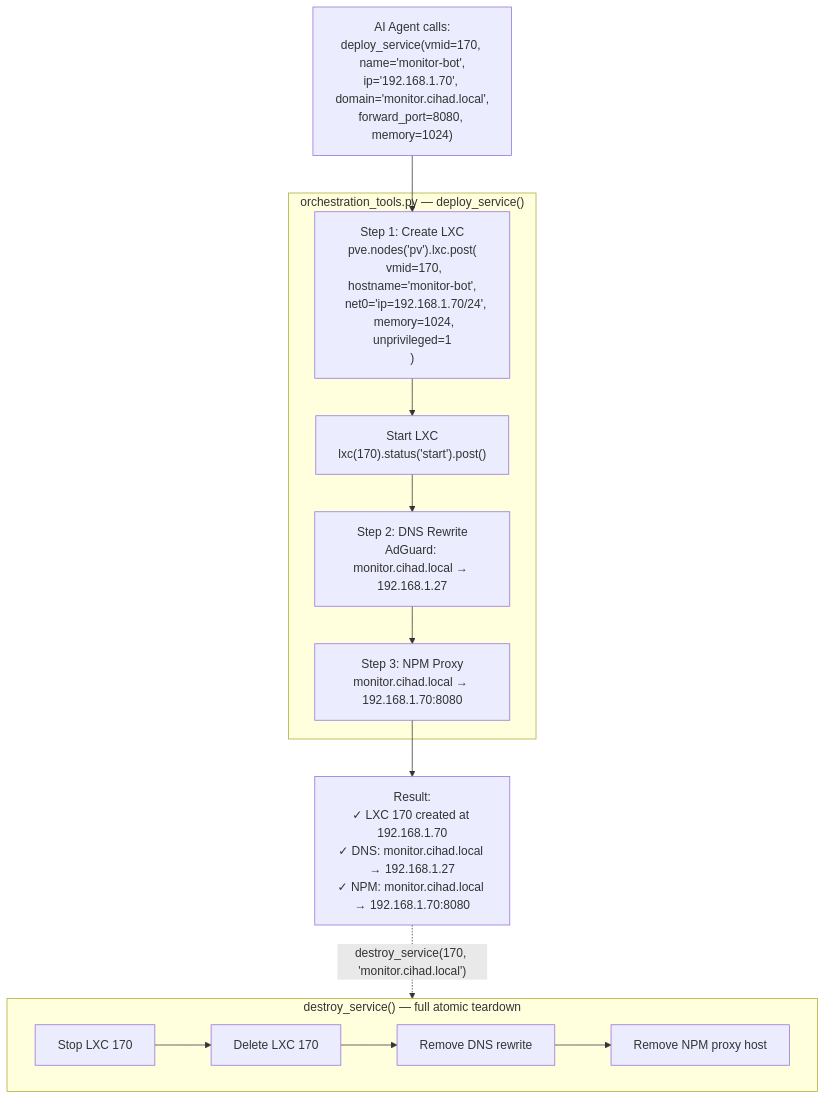
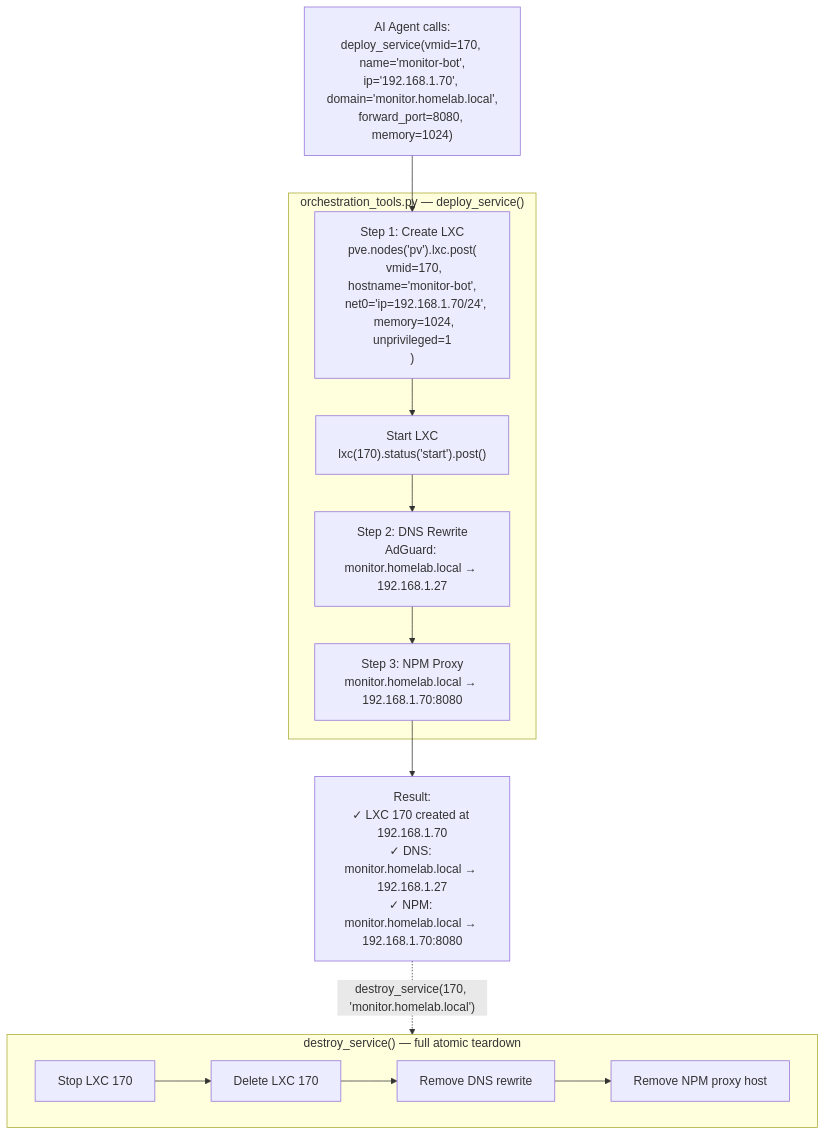
Before and after one commit to cihadkocasahan/ProxmoxHomeLab: the diagram in diagrams/04_deploy_service_flow.md, drawn with Mermaid. The commit also changed 5 other files, not shown here.

Commit message:
refactor(docs): anonymize host environment to MyEnv and local domain to homelab.local

````diff
--- a/diagrams/04_deploy_service_flow.md
+++ b/diagrams/04_deploy_service_flow.md
@@ -3,22 +3,22 @@
 ```mermaid
 flowchart TD
-    A["AI Agent calls:\ndeploy_service(vmid=170, name='monitor-bot',\nip='192.168.1.70', domain='monitor.cihad.local',\nforward_port=8080, memory=1024)"] --> B
+    A["AI Agent calls:\ndeploy_service(vmid=170, name='monitor-bot',\nip='192.168.1.70', domain='monitor.homelab.local',\nforward_port=8080, memory=1024)"] --> B
 
     subgraph ORCH["orchestration_tools.py — deploy_service()"]
         B["Step 1: Create LXC\npve.nodes('pv').lxc.post(\n  vmid=170, hostname='monitor-bot',\n  net0='ip=192.168.1.70/24',\n  memory=1024, unprivileged=1\n)"]
         B --> C["Start LXC\nlxc(170).status('start').post()"]
-        C --> D["Step 2: DNS Rewrite\nAdGuard: monitor.cihad.local → 192.168.1.27"]
-        D --> E["Step 3: NPM Proxy\nmonitor.cihad.local → 192.168.1.70:8080"]
+        C --> D["Step 2: DNS Rewrite\nAdGuard: monitor.homelab.local → 192.168.1.27"]
+        D --> E["Step 3: NPM Proxy\nmonitor.homelab.local → 192.168.1.70:8080"]
     end
 
-    E --> F["Result:\n✓ LXC 170 created at 192.168.1.70\n✓ DNS: monitor.cihad.local → 192.168.1.27\n✓ NPM: monitor.cihad.local → 192.168.1.70:8080"]
+    E --> F["Result:\n✓ LXC 170 created at 192.168.1.70\n✓ DNS: monitor.homelab.local → 192.168.1.27\n✓ NPM: monitor.homelab.local → 192.168.1.70:8080"]
 
     subgraph TEARDOWN["destroy_service() — full atomic teardown"]
         G["Stop LXC 170"]
         G --> H["Delete LXC 170"]
         H --> I["Remove DNS rewrite"]
         I --> J["Remove NPM proxy host"]
     end
 
-    F -.->|"destroy_service(170, 'monitor.cihad.local')"| TEARDOWN
+    F -.->|"destroy_service(170, 'monitor.homelab.local')"| TEARDOWN
 ```
````
